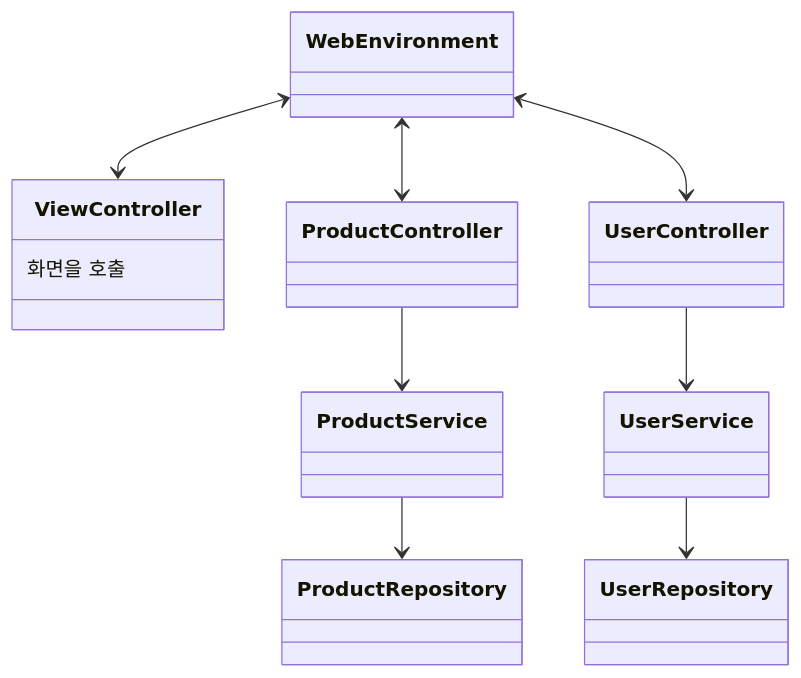
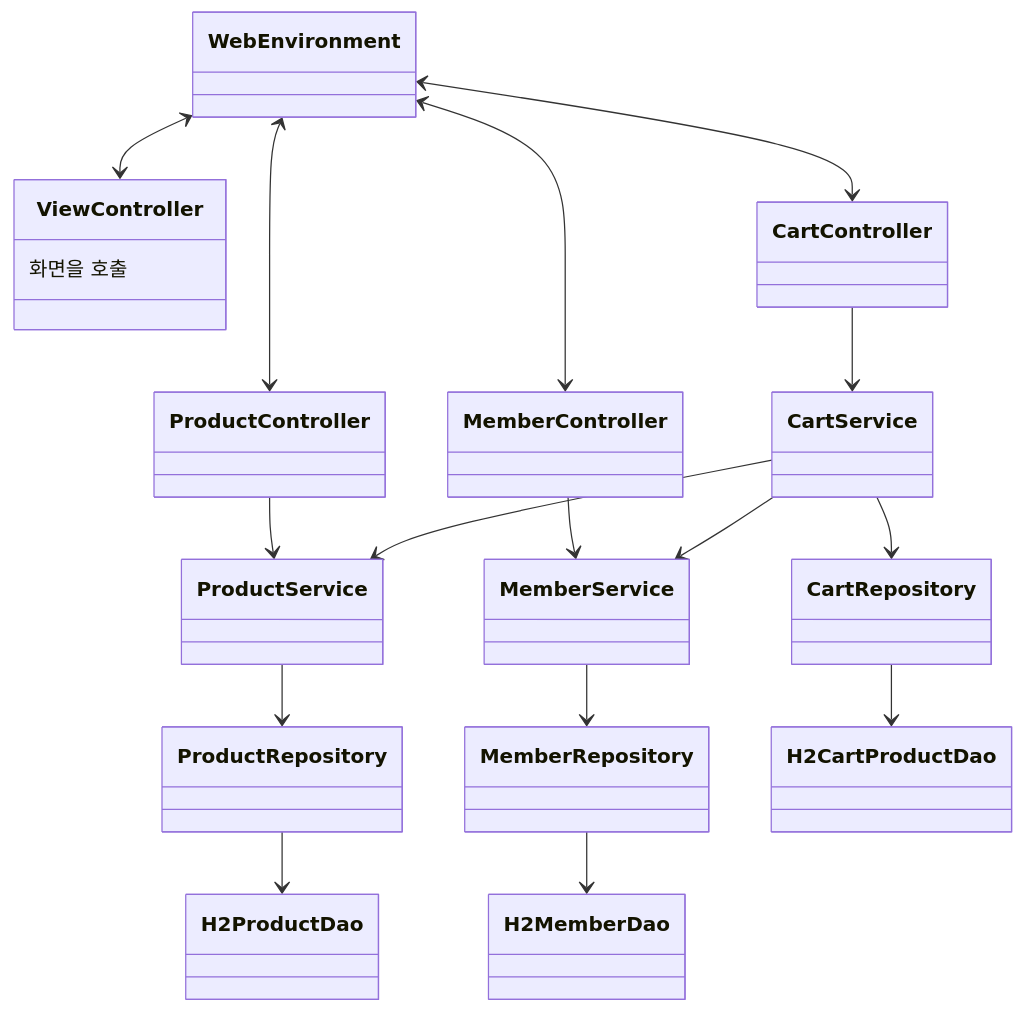
The first of 2 diagrams in README.md (woowacourse/jwp-shopping-cart), drawn with Mermaid before and after one commit. The commit also changed other lines of this file and 1 other file, not shown here.

Commit message:
docs: 클래스 다이어그램 수정, ERD 추가

````diff
--- a/README.md
+++ b/README.md
@@ -9,15 +10,24 @@
 ```mermaid
 classDiagram
     Web Environment <--> ViewController
     class ViewController {
         화면을 호출
     }
     
     Web Environment <--> ProductController
     ProductController --> ProductService
     ProductService --> ProductRepository
+    ProductRepository --> H2ProductDao
     
-    Web Environment <--> UserController
-    UserController --> UserService
-    UserService --> UserRepository
+    Web Environment <--> MemberController
+    MemberController --> MemberService
+    MemberService --> MemberRepository
+    MemberRepository --> H2MemberDao
+    
+    Web Environment <--> CartController
+    CartController --> CartService
+    CartService --> ProductService
+    CartService --> MemberService
+    CartService --> CartRepository
+    CartRepository --> H2CartProductDao
 ```
````
